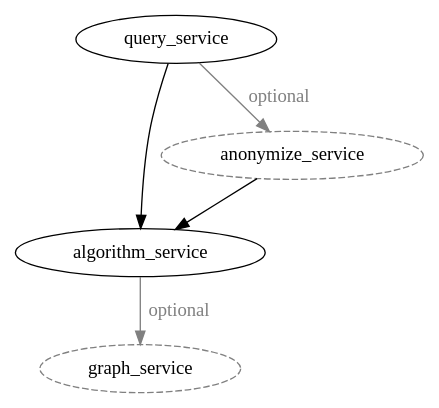
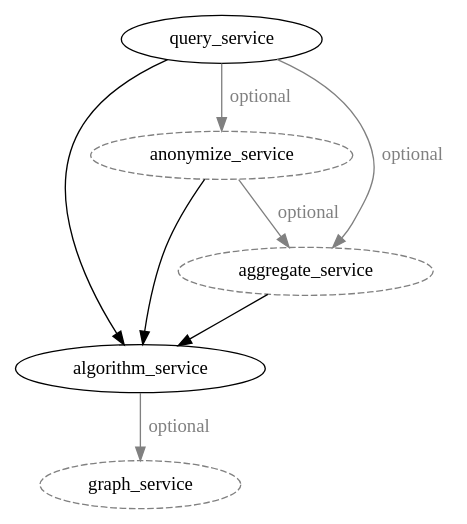
The diagram in go/cmd/archetype_playground/services.dot (Jorrit05/DYNAMOS), drawn with Graphviz before and after one commit. The commit also changed 45 other files, not shown here.

```diff
--- a/go/cmd/archetype_playground/services.dot
+++ b/go/cmd/archetype_playground/services.dot
@@ -1,10 +1,14 @@
 digraph G {
   query_service -> algorithm_service ;
   query_service -> anonymize_service [color=gray, fontcolor=gray, label="optional"] ;
+  query_service -> aggregate_service [color=gray, fontcolor=gray, label="optional"] ;
   query_service [color=black, style=solid];
   anonymize_service -> algorithm_service ;
+  anonymize_service -> aggregate_service [color=gray, fontcolor=gray, label="optional"] ;
   anonymize_service [color=gray, style=dashed];
+  aggregate_service -> algorithm_service ;
+  aggregate_service [color=gray, style=dashed];
   algorithm_service -> graph_service [color=gray, fontcolor=gray, label="optional"] ;
   algorithm_service [color=black, style=solid];
   graph_service [color=gray, style=dashed];
 }
```
